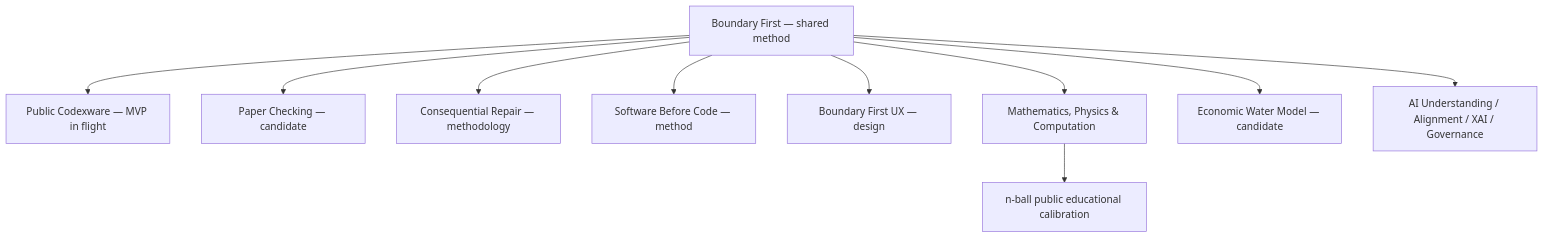
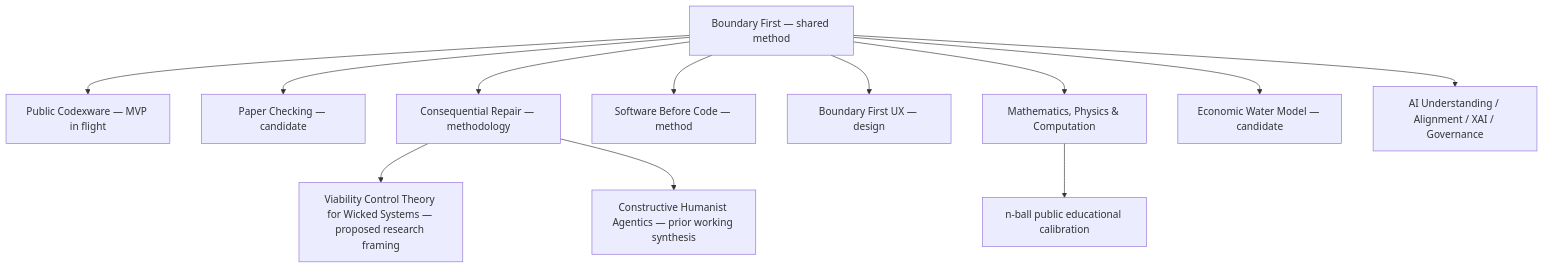
One commit to codexsmith/boundary-first-labs-public changed the diagram in docs/frontier-0/DEMONSTRATION_ATLAS.md. Above: the diagram before and after it, drawn with Mermaid. The commit also changed other lines of this file and 5 other files, not shown here.

Commit message:
docs: add viability and constructive agentics to consequential systems; initiate W1 recovery

````diff
--- a/docs/frontier-0/DEMONSTRATION_ATLAS.md
+++ b/docs/frontier-0/DEMONSTRATION_ATLAS.md
@@ -25,25 +25,29 @@
 ```mermaid
 flowchart TB
     M["Boundary First — shared method"]
     C["Public Codexware — MVP in flight"]
     P["Paper Checking — candidate"]
     R["Consequential Repair — methodology"]
     S["Software Before Code — method"]
     U["Boundary First UX — design"]
     F["Mathematics, Physics & Computation"]
     E["Economic Water Model — candidate"]
     A["AI Understanding / Alignment / XAI / Governance"]
     N["n-ball public educational calibration"]
+    V["Viability Control Theory for Wicked Systems — proposed research framing"]
+    H["Constructive Humanist Agentics — prior working synthesis"]
 
     M --> C
     M --> P
     M --> R
     M --> S
     M --> U
     M --> F
     M --> E
     M --> A
     F --> N
+    R --> V
+    R --> H
 
     click N "https://github.com/codexsmith/boundary-first-labs-public/tree/main/projects/n-ball-boundary-recursion" "Inspect released educational package"
 ```
````
